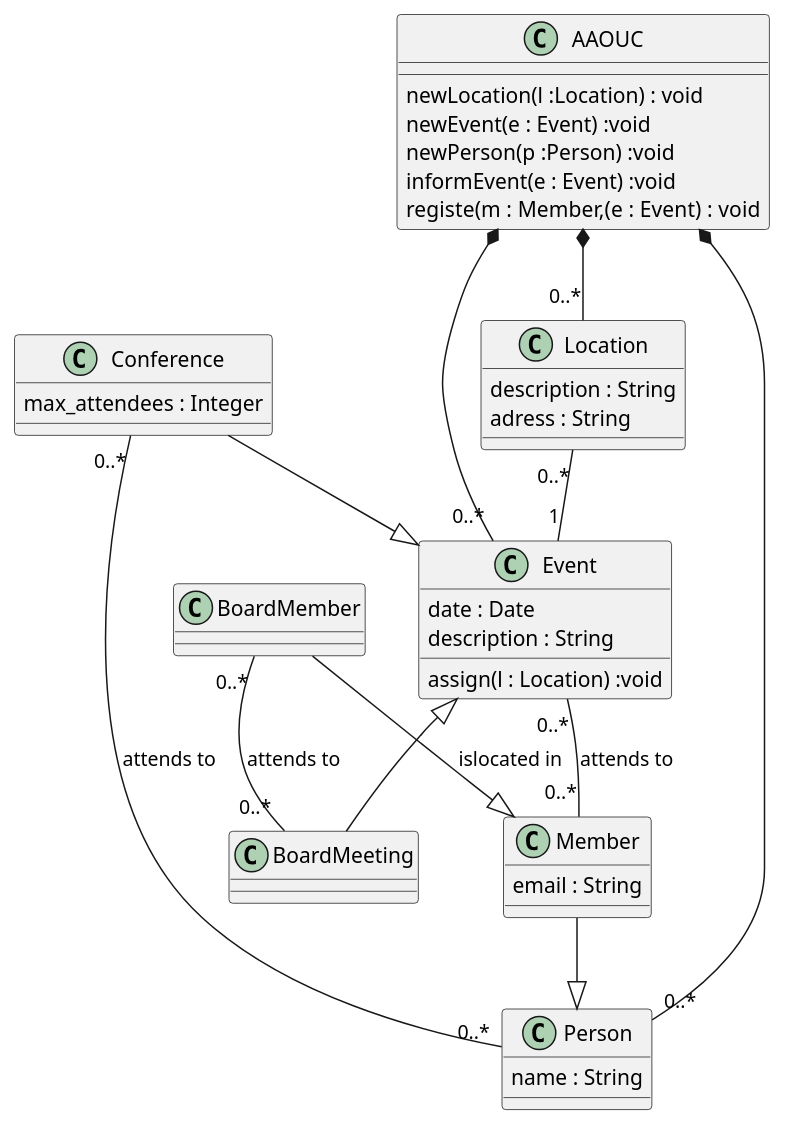
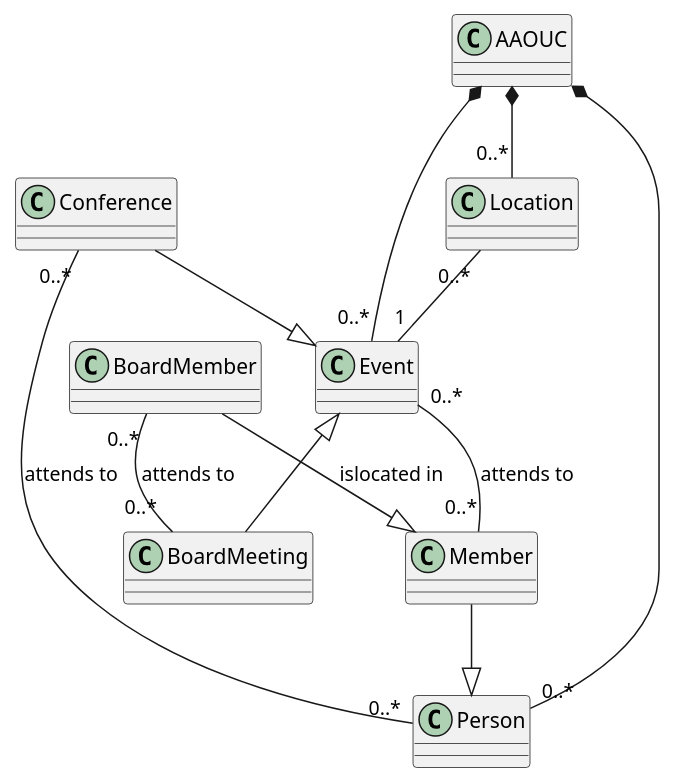
One commit to Carlosmanuelpre/PLANumlCarlosPerez changed the diagram in src/plantUMLCarlosPerez.puml. Above: the diagram before and after it, drawn with PlantUML.

Commit message:
Apartado 4, Por ultimo he eliminado los metodos de la clase como en el ejemplo del ejercicio y he añadido las navegavilidades de las correspondientes

```diff
--- a/src/plantUMLCarlosPerez.puml
+++ b/src/plantUMLCarlosPerez.puml
@@ -1,56 +1,49 @@
 @startuml
 class Member {
-email : String
+
 }
 
 class BoardMember {
 
 }
 
 class Event {
-date : Date
-description : String
-assign(l : Location) :void
+
 
 }
 
 class Conference {
-max_attendees : Integer
+
 
 }
 
 class BoardMeeting {
 }
 
 class Location {
-description : String
-adress : String
+
 
 }
 
 class Person {
-name : String
+
 }
 
 class AAOUC {
-newLocation(l :Location) : void
-newEvent(e : Event) :void
-newPerson(p :Person) :void
-informEvent(e : Event) :void
-registe(m : Member,(e : Event) : void
+
 }
 
 Event <|-- BoardMeeting
 Conference --|> Event
 BoardMember --|> Member: islocated in
 Member --|> Person
 Location"0..*"  -- "1"Event
 Event"0..*"  -- "0..*" Member: attends to
 Conference "0..*" -- "0..*" Person: attends to
 BoardMember"0..*"  -- "0..*" BoardMeeting: attends to
 AAOUC *--"0..*" Event
 AAOUC *--"0..*" Location
 AAOUC *-- "0..*" Person
 
 
 @enduml
```
